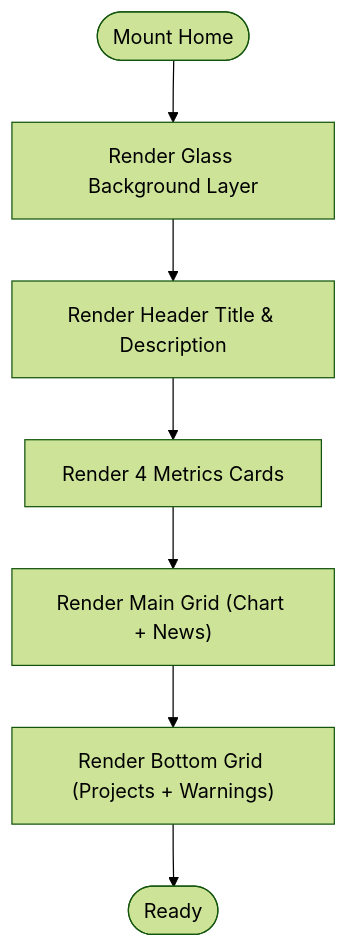
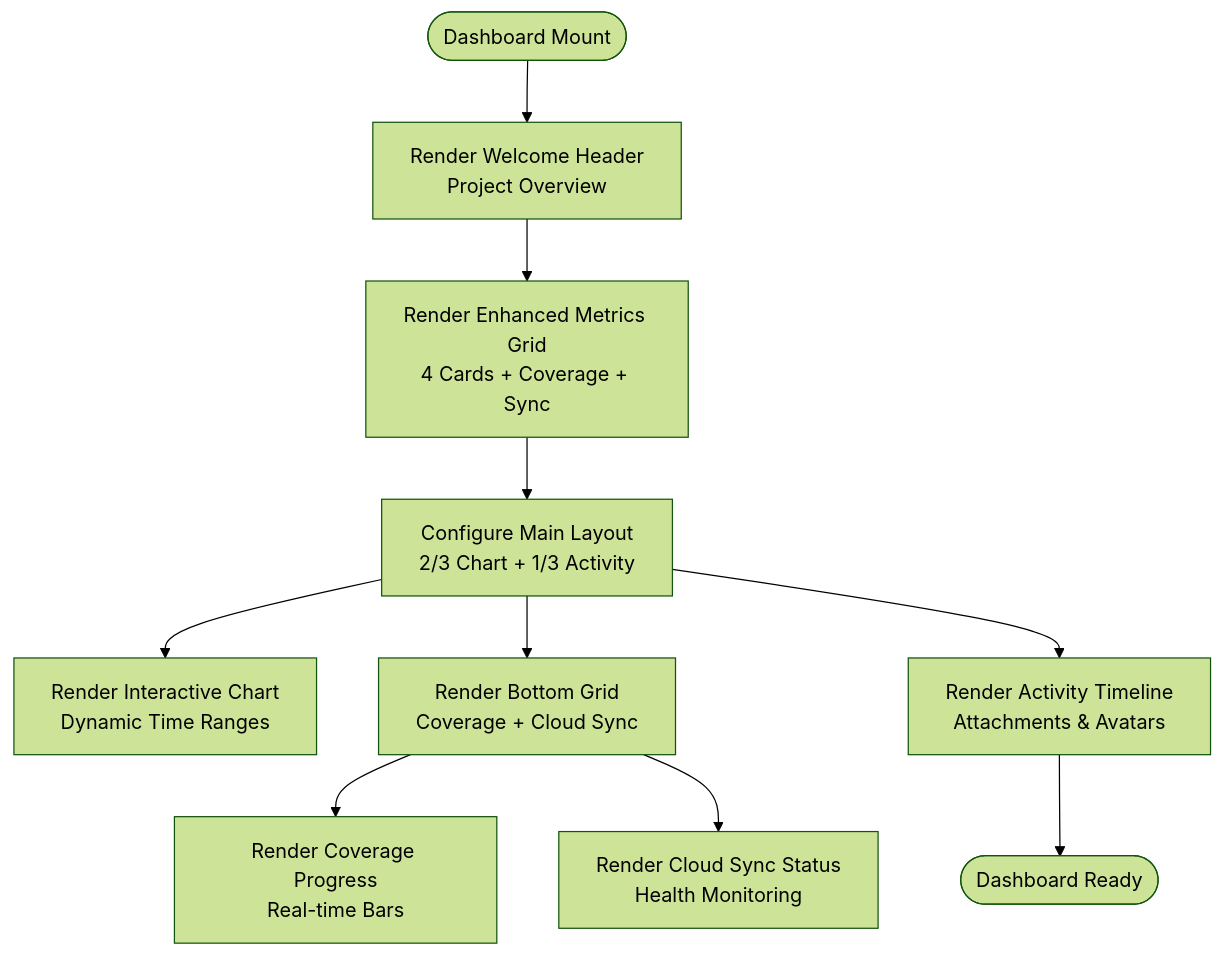
One commit to bo961386926/Survey-App changed the third of 4 diagrams in .qoder/repowiki/en/content/Desktop Admin Interface/Dashboard & Analytics.md. Above: the diagram before and after it, drawn with Mermaid (forest theme). The commit also changed other lines of this file and 25 other files, not shown here.

````diff
--- a/.qoder/repowiki/en/content/Desktop Admin Interface/Dashboard & Analytics.md
+++ b/.qoder/repowiki/en/content/Desktop Admin Interface/Dashboard & Analytics.md
@@ -130,9 +149,12 @@
 ```mermaid
 flowchart TD
-Start(["Mount Home"]) --> BG["Render Glass Background Layer"]
-BG --> Header["Render Header Title & Description"]
-Header --> Metrics["Render 4 Metrics Cards"]
-Metrics --> MainGrid["Render Main Grid (Chart + News)"]
-MainGrid --> BottomGrid["Render Bottom Grid (Projects + Warnings)"]
-BottomGrid --> End(["Ready"])
+Start(["Dashboard Mount"]) --> Header["Render Welcome Header<br/>Project Overview"]
+Header --> MetricsGrid["Render Enhanced Metrics Grid<br/>4 Cards + Coverage + Sync"]
+MetricsGrid --> MainLayout["Configure Main Layout<br/>2/3 Chart + 1/3 Activity"]
+MainLayout --> ChartCard["Render Interactive Chart<br/>Dynamic Time Ranges"]
+MainLayout --> BottomGrid["Render Bottom Grid<br/>Coverage + Cloud Sync"]
+BottomGrid --> CoverageCard["Render Coverage Progress<br/>Real-time Bars"]
+BottomGrid --> CloudCard["Render Cloud Sync Status<br/>Health Monitoring"]
+MainLayout --> ActivityStream["Render Activity Timeline<br/>Attachments & Avatars"]
+ActivityStream --> End(["Dashboard Ready"])
 ```
````
